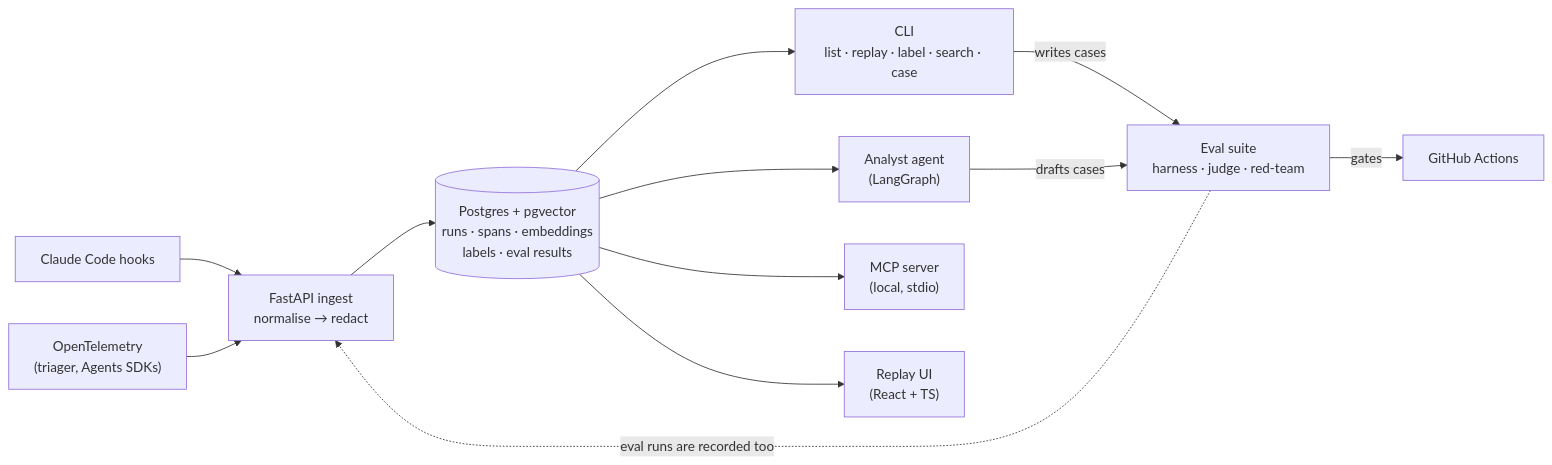
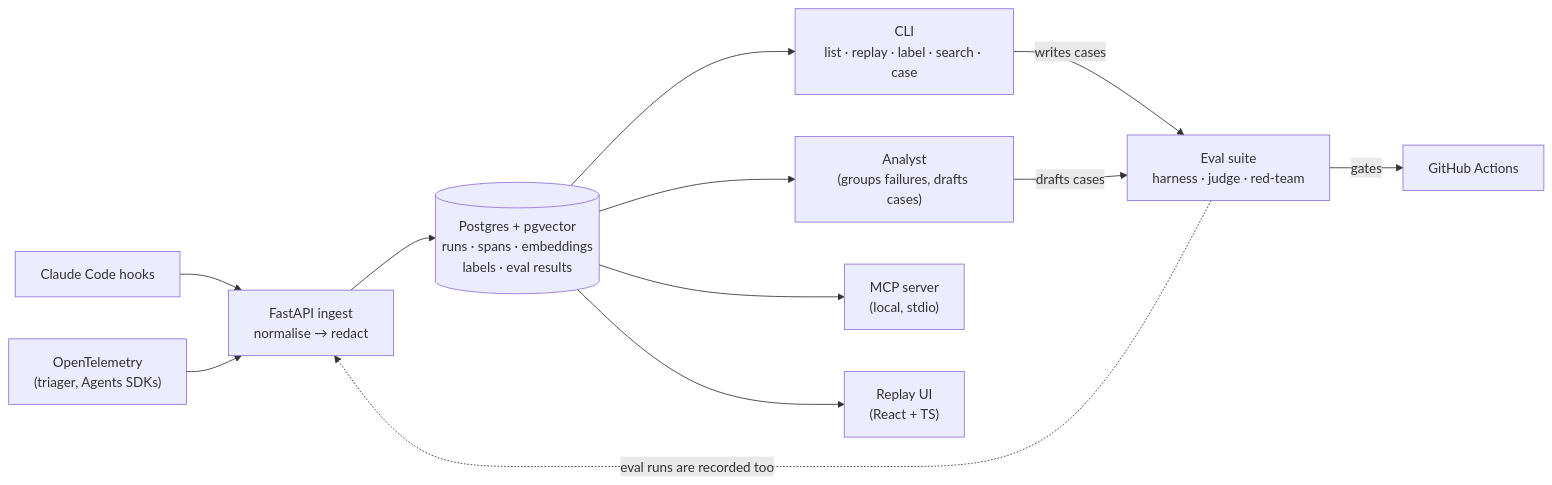
One commit to sonicjoy/agent-flight-recorder changed the diagram in docs/PLAN.md. Above: the diagram before and after it, drawn with Mermaid. The commit also changed other lines of this file and 12 other files, not shown here.

````diff
--- a/docs/PLAN.md
+++ b/docs/PLAN.md
@@ -48,14 +48,14 @@
 ```mermaid
 flowchart LR
   CC["Claude Code hooks"] --> API
   OT["OpenTelemetry<br/>(triager, Agents SDKs)"] --> API
   API["FastAPI ingest<br/>normalise → redact"] --> DB[("Postgres + pgvector<br/>runs · spans · embeddings<br/>labels · eval results")]
   DB --> CLI["CLI<br/>list · replay · label · search · case"]
-  DB --> AN["Analyst agent<br/>(LangGraph)"]
+  DB --> AN["Analyst<br/>(groups failures, drafts cases)"]
   DB --> MCP["MCP server<br/>(local, stdio)"]
   DB --> UI["Replay UI<br/>(React + TS)"]
   CLI -->|writes cases| EV
   AN -->|drafts cases| EV["Eval suite<br/>harness · judge · red-team"]
   EV -->|gates| CI["GitHub Actions"]
   EV -.->|eval runs are recorded too| API
 ```
````
